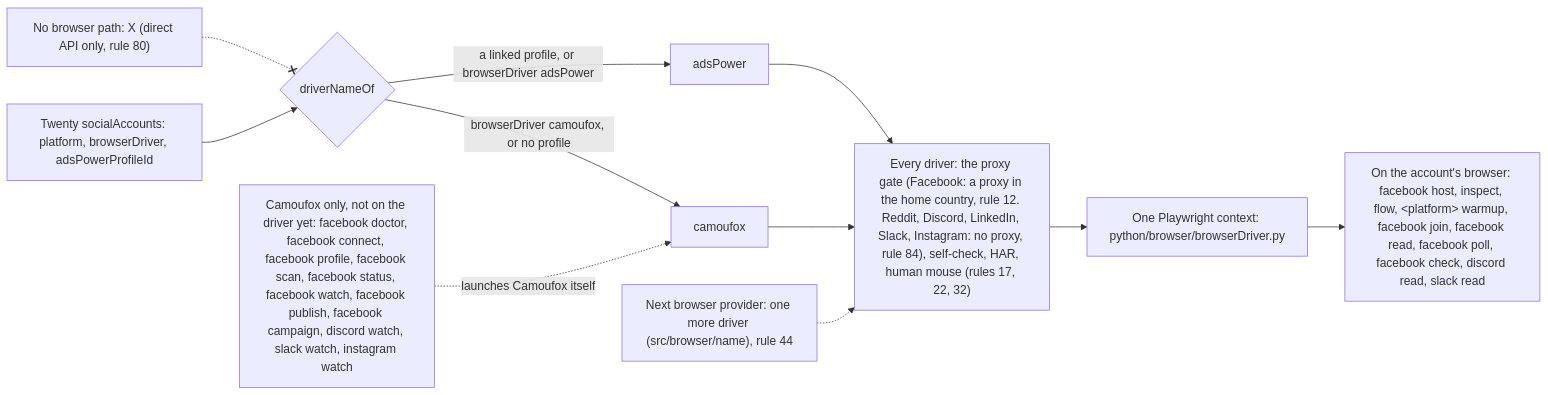
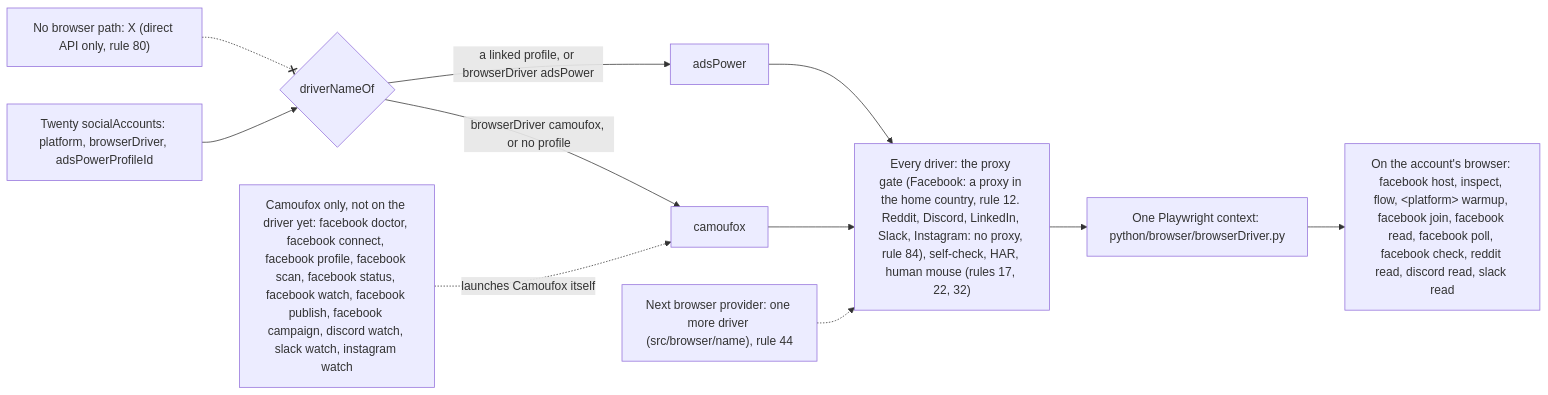
Before and after one commit to matthewdonsemail-lab/log: the second of 6 diagrams in docs/reference.md, drawn with Mermaid. The commit also changed other lines of this file and 106 other files, not shown here.

Commit message:
feat(reddit): run Reddit on vendor/reverseChud; read home feed and posts with comments; post, reply and vote as dry runs unless live; contributormaxxing use case

````diff
--- a/docs/reference.md
+++ b/docs/reference.md
@@ -84,19 +84,19 @@
 ```mermaid
 flowchart LR
   twenty["Twenty socialAccounts: platform, browserDriver, adsPowerProfileId"]
   pick{"driverNameOf"}
   gates["Every driver: the proxy gate (Facebook: a proxy in the home country, rule 12. Reddit, Discord, LinkedIn, Slack, Instagram: no proxy, rule 84), self-check, HAR, human mouse (rules 17, 22, 32)"]
   session["One Playwright context: python/browser/browserDriver.py"]
   twenty --> pick
   pick -->|"browserDriver camoufox, or no profile"| d_camoufox["camoufox"]
   pick -->|"a linked profile, or browserDriver adsPower"| d_adsPower["adsPower"]
   d_camoufox --> gates
   d_adsPower --> gates
   more["Next browser provider: one more driver (src/browser/name), rule 44"] -.-> gates
   gates --> session
-  account["On the account's browser: facebook host, inspect, flow, #lt;platform#gt; warmup, facebook join, facebook read, facebook poll, facebook check, discord read, slack read"]
+  account["On the account's browser: facebook host, inspect, flow, #lt;platform#gt; warmup, facebook join, facebook read, facebook poll, facebook check, reddit read, discord read, slack read"]
   camoufox["Camoufox only, not on the driver yet: facebook doctor, facebook connect, facebook profile, facebook scan, facebook status, facebook watch, facebook publish, facebook campaign, discord watch, slack watch, instagram watch"]
   session --> account
   camoufox -.->|"launches Camoufox itself"| d_camoufox
   nobrowser["No browser path: X (direct API only, rule 80)"] -.-x pick
 ```
````
